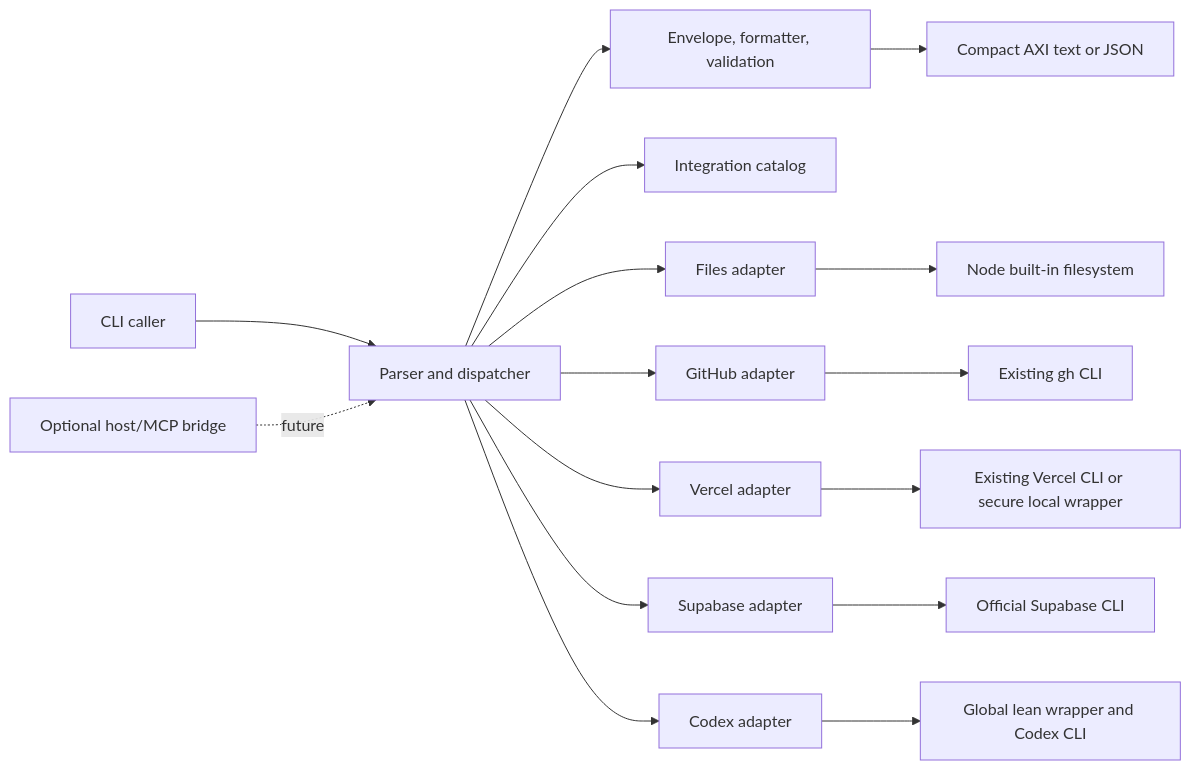
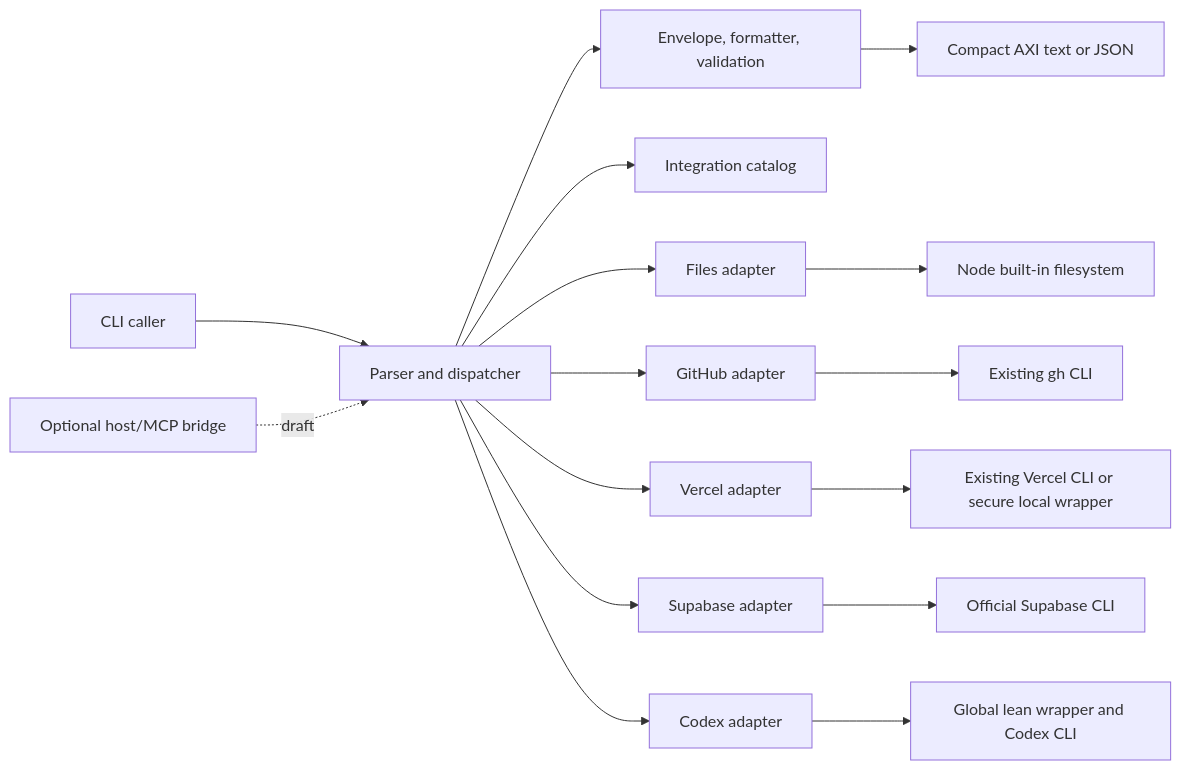
The diagram in docs/ARCHITECTURE.md (Suazo-AI/suazo-axi), drawn with Mermaid before and after one commit. The commit also changed other lines of this file and 6 other files, not shown here.

First line of the commit message:
feat: draft host bridge protocol with mock and conformance tests

````diff
--- a/docs/ARCHITECTURE.md
+++ b/docs/ARCHITECTURE.md
@@ -5,18 +5,18 @@
 ```mermaid
 flowchart LR
   User[CLI caller] --> CLI[Parser and dispatcher]
   CLI --> Core[Envelope, formatter, validation]
   CLI --> Registry[Integration catalog]
   CLI --> Files[Files adapter]
   CLI --> GitHub[GitHub adapter]
   CLI --> Vercel[Vercel adapter]
   CLI --> Supabase[Supabase adapter]
   CLI --> Codex[Codex adapter]
   Files --> FS[Node built-in filesystem]
   GitHub --> GH[Existing gh CLI]
   Vercel --> VC[Existing Vercel CLI or secure local wrapper]
   Supabase --> SB[Official Supabase CLI]
   Codex --> Lean[Global lean wrapper and Codex CLI]
   Core --> Out[Compact AXI text or JSON]
-  Bridges[Optional host/MCP bridge] -. future .-> CLI
+  Bridges[Optional host/MCP bridge] -. draft .-> CLI
 ```
````
